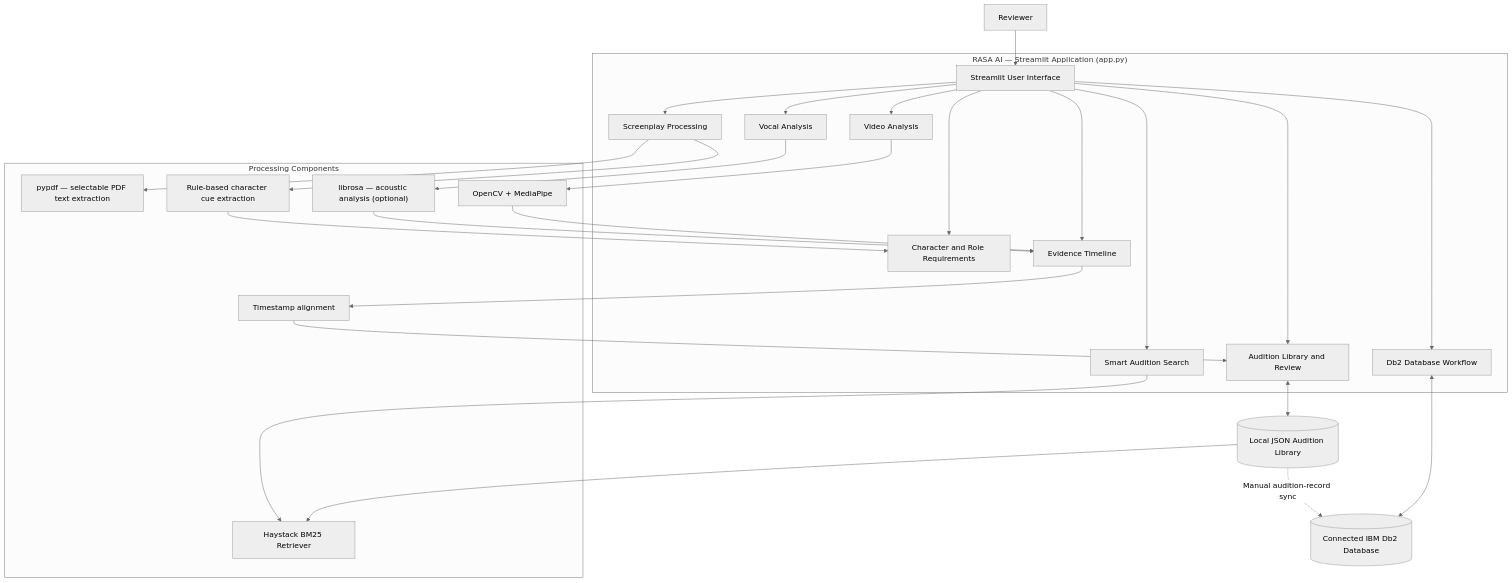
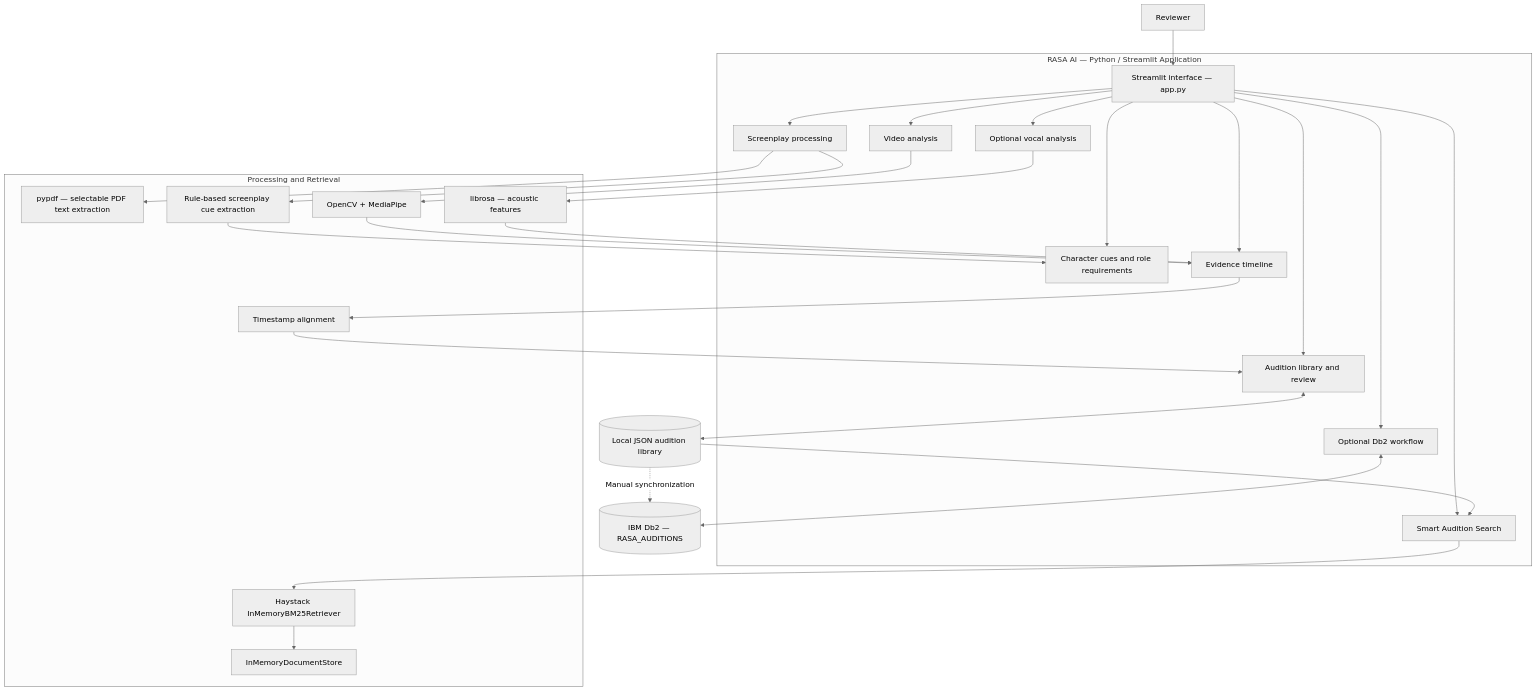
The first of 2 diagrams in architecture.md (AdityaSrivastava8/Db2_Hack_2026), drawn with Mermaid (neutral theme) before and after one commit. The commit also changed other lines of this file and 1 other file, not shown here.

````diff
--- a/architecture.md
+++ b/architecture.md
@@ -3,55 +52,57 @@
 ``` mermaid
 flowchart TB
     Reviewer["Reviewer"]
 
-    subgraph RASA["RASA AI — Streamlit Application (app.py)"]
-        UI["Streamlit User Interface"]
-        SP["Screenplay Processing"]
-        ROLE["Character and Role Requirements"]
-        VA["Video Analysis"]
-        VOA["Vocal Analysis"]
-        ET["Evidence Timeline"]
-        LIB["Audition Library and Review"]
+    subgraph APP["RASA AI — Python / Streamlit Application"]
+        UI["Streamlit interface — app.py"]
+        SP["Screenplay processing"]
+        ROLE["Character cues and role requirements"]
+        VIDEO["Video analysis"]
+        VOCAL["Optional vocal analysis"]
+        TIMELINE["Evidence timeline"]
+        LIB["Audition library and review"]
         SEARCH["Smart Audition Search"]
-        DBUI["Db2 Database Workflow"]
+        DBFLOW["Optional Db2 workflow"]
     end
 
-    subgraph ENGINE["Processing Components"]
+    subgraph PROCESSING["Processing and Retrieval"]
         PDF["pypdf — selectable PDF text extraction"]
-        RULES["Rule-based character cue extraction"]
+        RULES["Rule-based screenplay cue extraction"]
         CV["OpenCV + MediaPipe"]
-        AUDIO["librosa — acoustic analysis (optional)"]
+        LIBROSA["librosa — acoustic features"]
         ALIGN["Timestamp alignment"]
-        HAYSTACK["Haystack BM25 Retriever"]
+        HAYSTACK["Haystack InMemoryBM25Retriever"]
+        DOCSTORE["InMemoryDocumentStore"]
     end
 
-    JSON[("Local JSON Audition Library")]
-    DB2[("Connected IBM Db2 Database")]
+    JSON[("Local JSON audition library")]
+    DB2[("IBM Db2 — RASA_AUDITIONS")]
 
     Reviewer --> UI
     UI --> SP
     UI --> ROLE
-    UI --> VA
-    UI --> VOA
-    UI --> ET
+    UI --> VIDEO
+    UI --> VOCAL
+    UI --> TIMELINE
     UI --> LIB
     UI --> SEARCH
-    UI --> DBUI
+    UI --> DBFLOW
 
     SP --> PDF
     SP --> RULES
     RULES --> ROLE
-    VA --> CV
-    VOA --> AUDIO
-    CV --> ET
-    AUDIO --> ET
-    ET --> ALIGN
+    VIDEO --> CV
+    VOCAL --> LIBROSA
+    CV --> TIMELINE
+    LIBROSA --> TIMELINE
+    TIMELINE --> ALIGN
     ALIGN --> LIB
 
     LIB <--> JSON
-    JSON --> HAYSTACK
+    JSON --> SEARCH
     SEARCH --> HAYSTACK
+    HAYSTACK --> DOCSTORE
 
-    DBUI <--> DB2
-    JSON -. "Manual audition-record sync" .-> DB2
+    DBFLOW <--> DB2
+    JSON -. "Manual synchronization" .-> DB2
 ```
````
